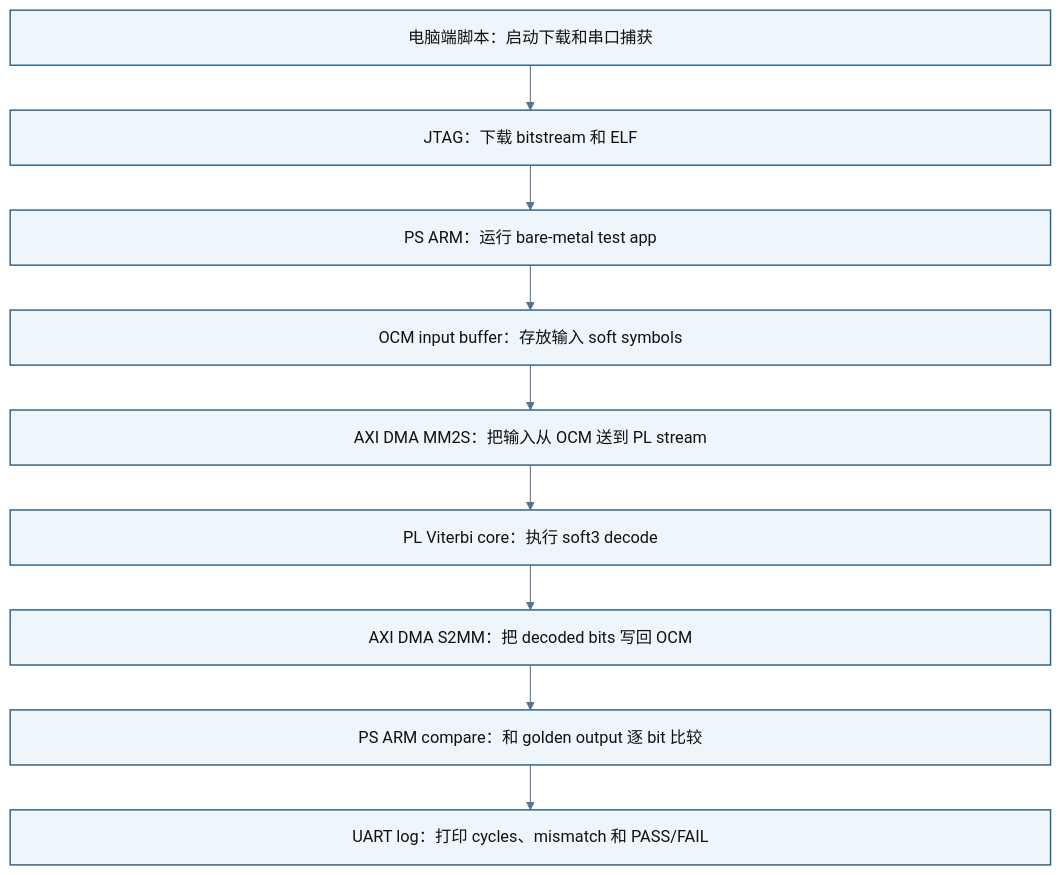
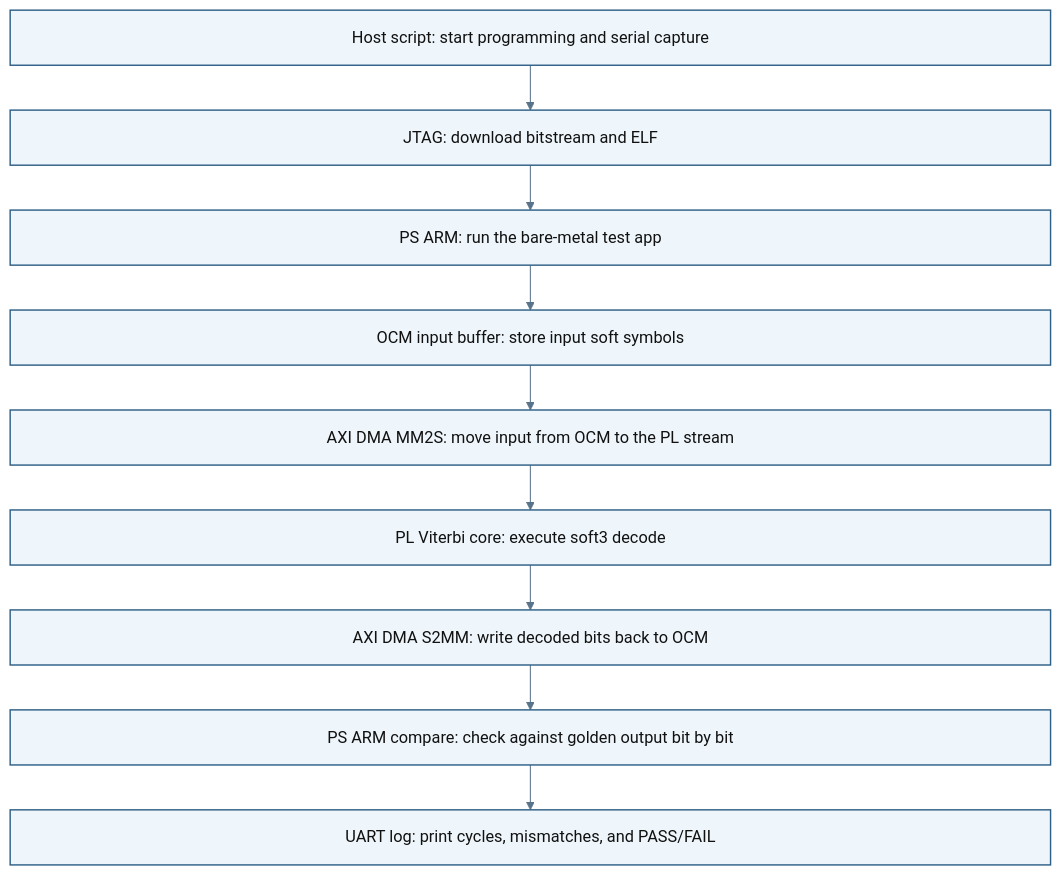
One commit to AIALRA-0/Viterbi_Decoder changed the diagram in docs/assets/diagrams/report_board_dataflow.mmd. Above: the diagram before and after it, drawn with Mermaid. The commit also changed 54 other files, not shown here.

```diff
--- a/docs/assets/diagrams/report_board_dataflow.mmd
+++ b/docs/assets/diagrams/report_board_dataflow.mmd
@@ -1,16 +1,16 @@
 %%{init: {"theme": "base", "flowchart": {"htmlLabels": true, "curve": "linear", "nodeSpacing": 45, "rankSpacing": 44}, "themeVariables": {"fontFamily": "Microsoft YaHei, Arial", "primaryColor": "#eef6fb", "primaryBorderColor": "#2e5f86", "primaryTextColor": "#111111", "lineColor": "#58738a"}}}%%
 flowchart TD
-  A["<div style='width:960px'>电脑端脚本：启动下载和串口捕获</div>"]
-  B["<div style='width:960px'>JTAG：下载 bitstream 和 ELF</div>"]
-  C["<div style='width:960px'>PS ARM：运行 bare-metal test app</div>"]
-  D["<div style='width:960px'>OCM input buffer：存放输入 soft symbols</div>"]
-  E["<div style='width:960px'>AXI DMA MM2S：把输入从 OCM 送到 PL stream</div>"]
-  F["<div style='width:960px'>PL Viterbi core：执行 soft3 decode</div>"]
-  G["<div style='width:960px'>AXI DMA S2MM：把 decoded bits 写回 OCM</div>"]
-  H["<div style='width:960px'>PS ARM compare：和 golden output 逐 bit 比较</div>"]
-  I["<div style='width:960px'>UART log：打印 cycles、mismatch 和 PASS/FAIL</div>"]
+  A["<div style='width:960px'>Host script: start programming and serial capture</div>"]
+  B["<div style='width:960px'>JTAG: download bitstream and ELF</div>"]
+  C["<div style='width:960px'>PS ARM: run the bare-metal test app</div>"]
+  D["<div style='width:960px'>OCM input buffer: store input soft symbols</div>"]
+  E["<div style='width:960px'>AXI DMA MM2S: move input from OCM to the PL stream</div>"]
+  F["<div style='width:960px'>PL Viterbi core: execute soft3 decode</div>"]
+  G["<div style='width:960px'>AXI DMA S2MM: write decoded bits back to OCM</div>"]
+  H["<div style='width:960px'>PS ARM compare: check against golden output bit by bit</div>"]
+  I["<div style='width:960px'>UART log: print cycles, mismatches, and PASS/FAIL</div>"]
 
   A --> B --> C --> D --> E --> F --> G --> H --> I
 
   classDef box fill:#eef6fb,stroke:#2e5f86,stroke-width:1.4px,color:#111111;
   class A,B,C,D,E,F,G,H,I box;
```
